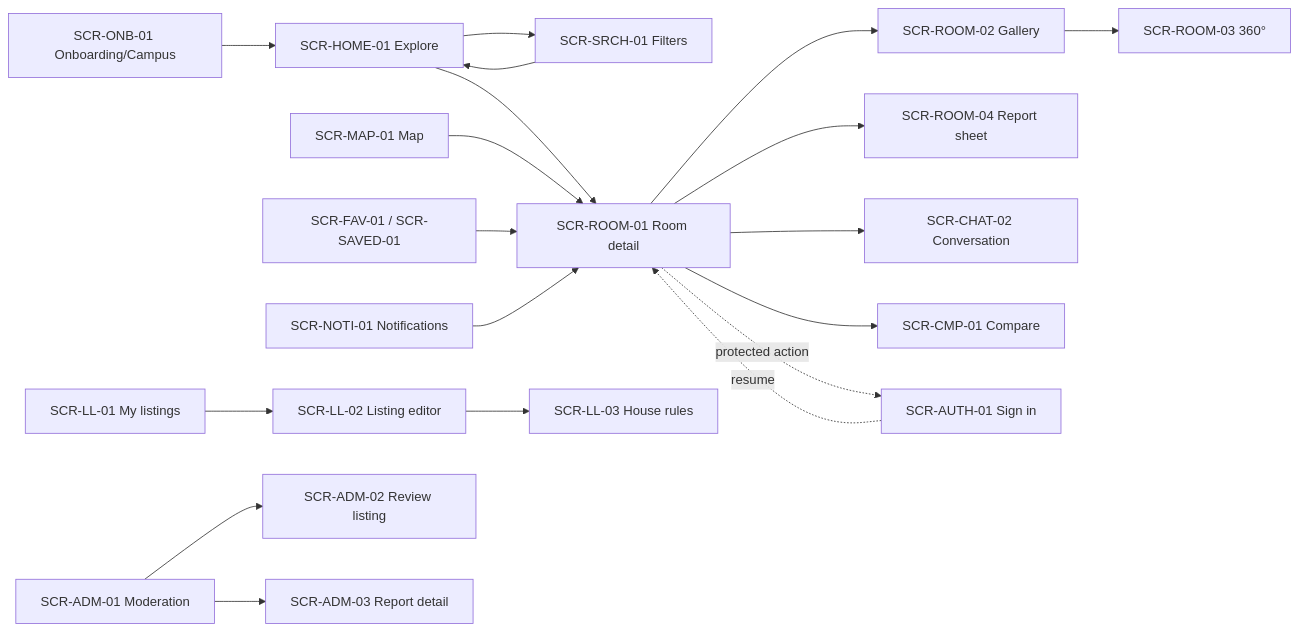
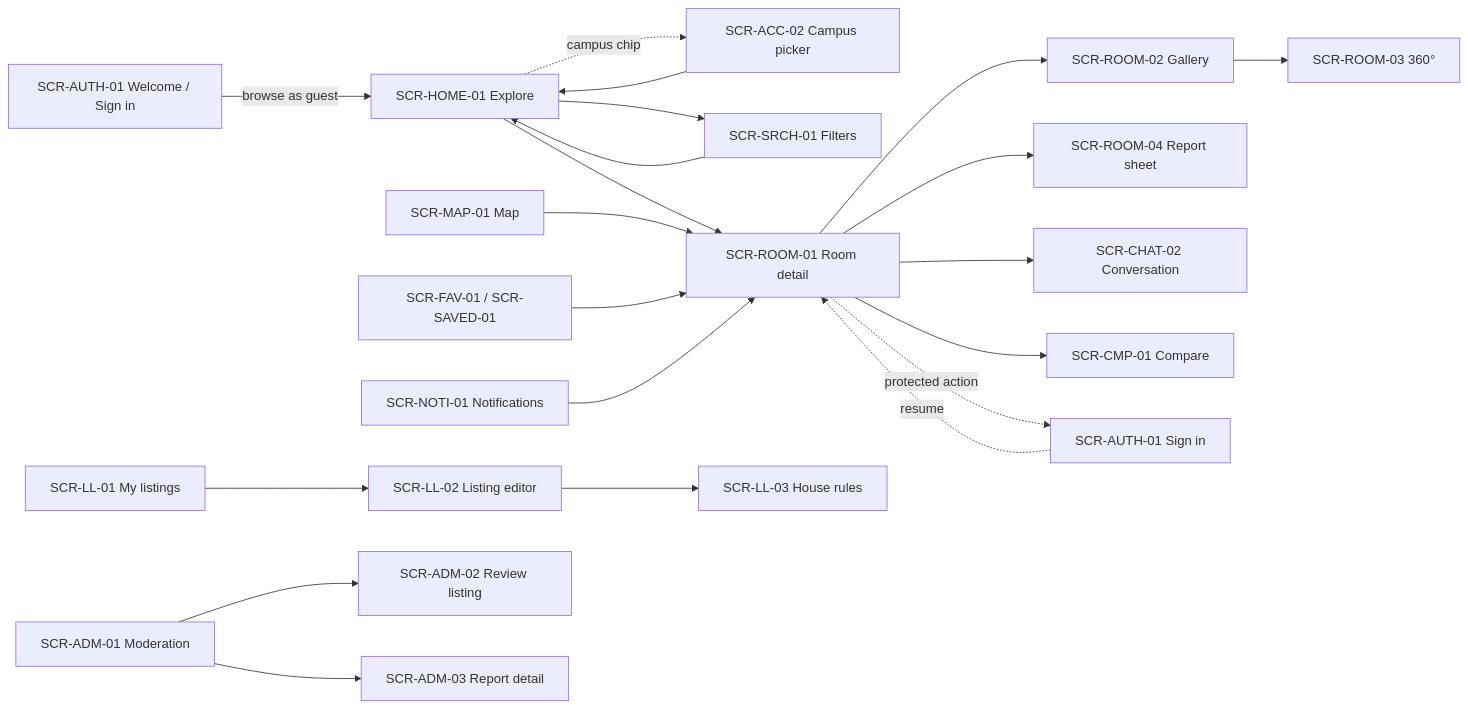
The diagram in docs/ui-ux-spec.md (luong2024/RoomToRentRadar), drawn with Mermaid before and after one commit. The commit also changed other lines of this file and 17 other files, not shown here.

````diff
--- a/docs/ui-ux-spec.md
+++ b/docs/ui-ux-spec.md
@@ -42,17 +42,18 @@
 ```mermaid
 flowchart LR
-  ONB[SCR-ONB-01 Onboarding/Campus] --> HOME[SCR-HOME-01 Explore]
+  WELCOME[SCR-AUTH-01 Welcome / Sign in] -- browse as guest --> HOME[SCR-HOME-01 Explore]
+  HOME -. campus chip .-> CAMPUS[SCR-ACC-02 Campus picker] --> HOME
   HOME --> FILTER[SCR-SRCH-01 Filters] --> HOME
   HOME --> ROOM[SCR-ROOM-01 Room detail]
   MAP[SCR-MAP-01 Map] --> ROOM
   ROOM --> GAL[SCR-ROOM-02 Gallery] --> PANO[SCR-ROOM-03 360°]
   ROOM --> REPORT[SCR-ROOM-04 Report sheet]
   ROOM --> CHAT[SCR-CHAT-02 Conversation]
   ROOM --> CMP[SCR-CMP-01 Compare]
   ROOM -. protected action .-> AUTH[SCR-AUTH-01 Sign in] -. resume .-> ROOM
   SAVED[SCR-FAV-01 / SCR-SAVED-01] --> ROOM
   NOTI[SCR-NOTI-01 Notifications] --> ROOM
   LL[SCR-LL-01 My listings] --> EDIT[SCR-LL-02 Listing editor] --> RULES[SCR-LL-03 House rules]
   ADM[SCR-ADM-01 Moderation] --> ADMROOM[SCR-ADM-02 Review listing]
   ADM --> ADMREP[SCR-ADM-03 Report detail]
 ```
````
